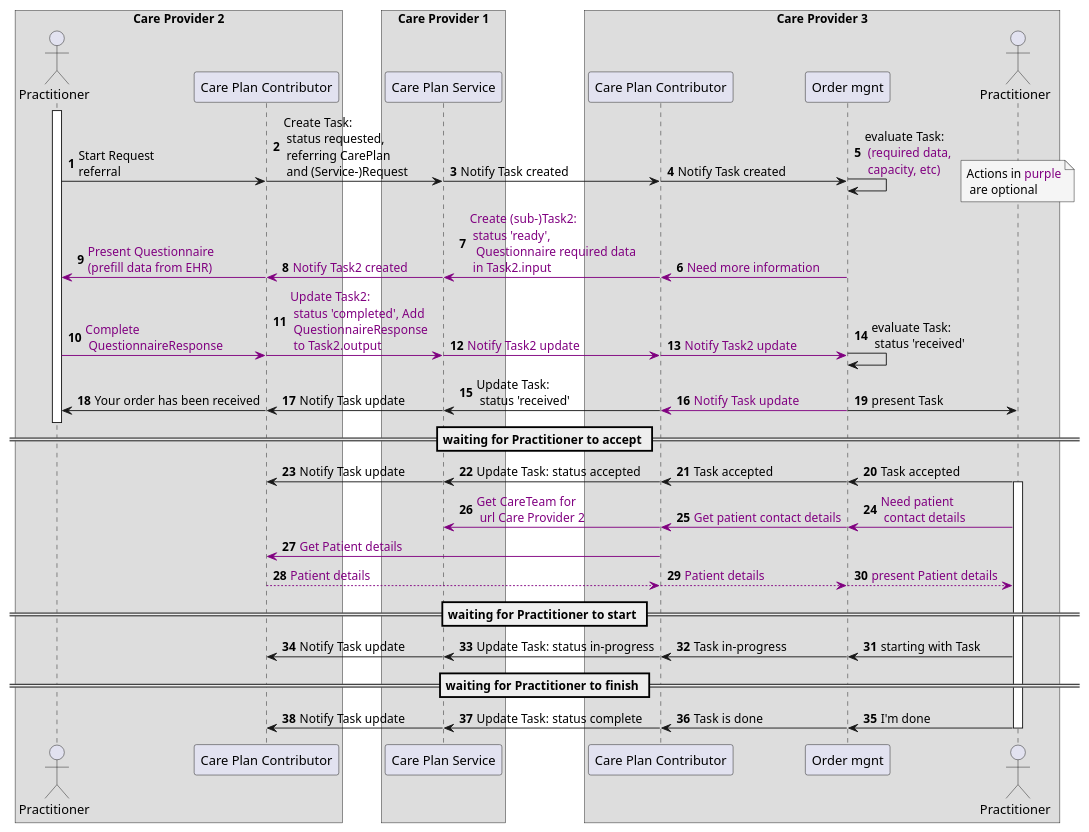
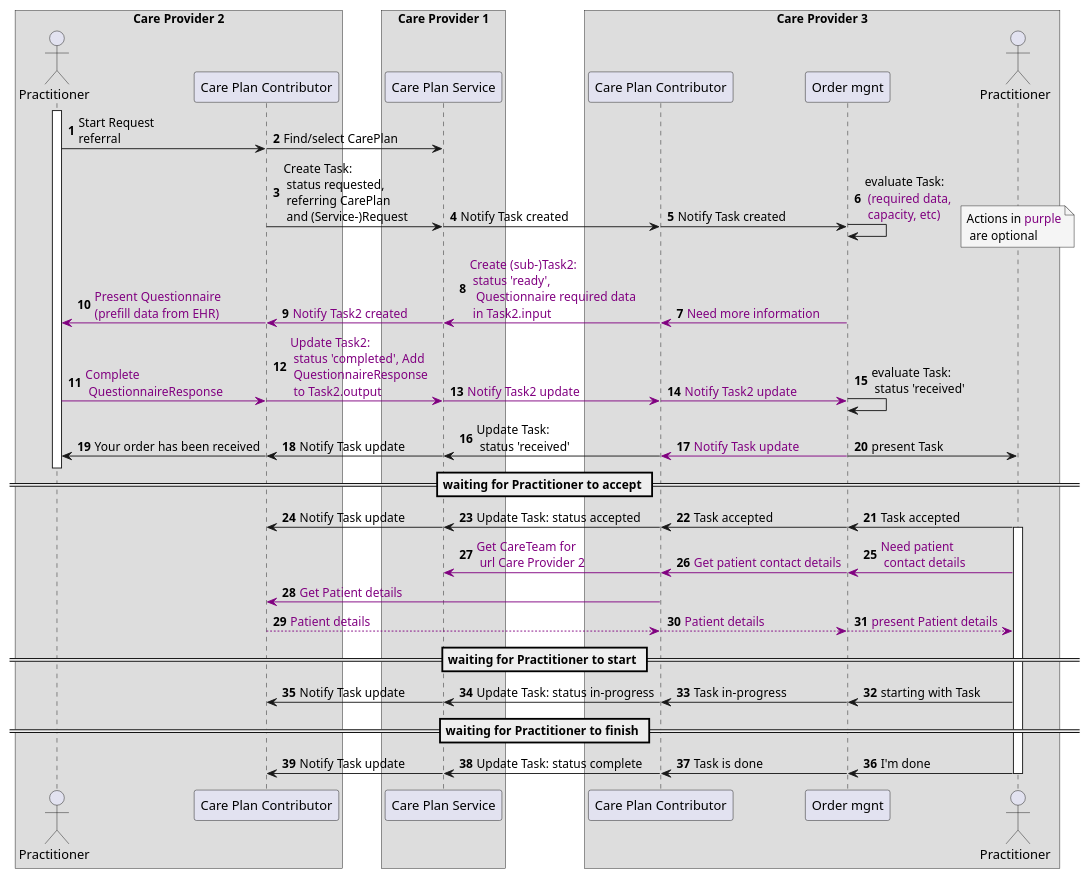
The diagram in input/images-source/overview-task-negotiation-1-2-3.plantuml (SanteonNL/shared-care-planning), drawn with PlantUML before and after one commit. The commit also changed 1 other file, not shown here.

Commit message:
CPC doesnt create CarePlan

```diff
--- a/input/images-source/overview-task-negotiation-1-2-3.plantuml
+++ b/input/images-source/overview-task-negotiation-1-2-3.plantuml
@@ -1,81 +1,82 @@
 @startuml overview-task-negotiation-1-2-3
 
 autonumber
 !pragma teoz true
 
 box Care Provider 2
     actor "Practitioner" as Practitioner1
     participant "Care Plan Contributor" as CPC1
 end box
 box Care Provider 1
     participant "Care Plan Service" as CPS
 end box
 
 box Care Provider 3
     participant "Care Plan Contributor" as CPC2
     participant "Order mgnt" as EHR2
     actor "Practitioner" as Practitioner2
 end box
 
 activate Practitioner1
 Practitioner1 -> CPC1 : Start Request\nreferral
-& CPC1 -> CPS : Create Task:\n status requested,\n referring CarePlan\n and (Service-)Request
+& CPC1 -> CPS : Find/select CarePlan
+CPC1 -> CPS : Create Task:\n status requested,\n referring CarePlan\n and (Service-)Request
 & CPS -> CPC2  : Notify Task created
 & CPC2 -> EHR2  : Notify Task created
 & EHR2 -> EHR2 : evaluate Task:\n <color #purple>(required data,\n <color #purple>capacity, etc)
 
 & note over Practitioner2 #WhiteSmoke
 Actions in <color #purple>purple
  are optional
 end note
 
 
 EHR2 -[#purple]> CPC2 : <color #purple>Need more information
 & CPC2 -[#purple]> CPS  : <color #purple>Create (sub-)Task2:\n <color #purple>status 'ready',\n <color #purple> Questionnaire required data\n <color #purple>in Task2.input
 & CPS -[#purple]> CPC1 : <color #purple>Notify Task2 created
 & CPC1 -[#purple]> Practitioner1 : <color #purple>Present Questionnaire\n<color #purple>(prefill data from EHR)
 
 Practitioner1 -[#purple]> CPC1 : <color #purple>Complete\n <color #purple>QuestionnaireResponse
 & CPC1 -[#purple]> CPS : <color #purple>Update Task2: \n <color #purple>status 'completed', Add\n <color #purple>QuestionnaireResponse\n <color #purple>to Task2.output
 & CPS -[#purple]> CPC2 : <color #purple>Notify Task2 update
 & CPC2 -[#purple]> EHR2 : <color #purple>Notify Task2 update
 
 & EHR2 -> EHR2 : evaluate Task:\n status 'received'
 
 CPC2 -> CPS : Update Task: \n status 'received'
 & EHR2 -[#purple]> CPC2 : <color #purple>Notify Task update
 & CPS -> CPC1 : Notify Task update
 & CPC1 -> Practitioner1 : Your order has been received
 & EHR2 -> Practitioner2 : present Task
 
 deactivate Practitioner1
 
 == waiting for Practitioner to accept ==
 Practitioner2 -> EHR2 : Task accepted
 activate Practitioner2
 & EHR2 -> CPC2 : Task accepted
 & CPC2 -> CPS : Update Task: status accepted
 & CPS -> CPC1 : Notify Task update
 
 Practitioner2 -[#purple]> EHR2 : <color #purple>Need patient\n <color #purple>contact details
 
 & EHR2 -[#purple]> CPC2 : <color #purple>Get patient contact details
 & CPC2 -[#purple]> CPS : <color #purple>Get CareTeam for\n <color #purple>url Care Provider 2
 CPC2 -[#purple]> CPC1 : <color #purple>Get Patient details
 CPC1 -[#purple]-> CPC2 : <color #purple>Patient details
 
 & CPC2 -[#purple]-> EHR2 : <color #purple>Patient details
 
 & EHR2 -[#purple]-> Practitioner2 : <color #purple>present Patient details
 == waiting for Practitioner to start ==
 Practitioner2 -> EHR2 : starting with Task
 & EHR2 -> CPC2 : Task in-progress
 & CPC2 -> CPS : Update Task: status in-progress
 & CPS -> CPC1 : Notify Task update
 == waiting for Practitioner to finish ==
 Practitioner2 -> EHR2 : I'm done
 & EHR2 -> CPC2 : Task is done
 & CPC2 -> CPS : Update Task: status complete
 & CPS -> CPC1 : Notify Task update
 deactivate Practitioner2
 @enduml
```
